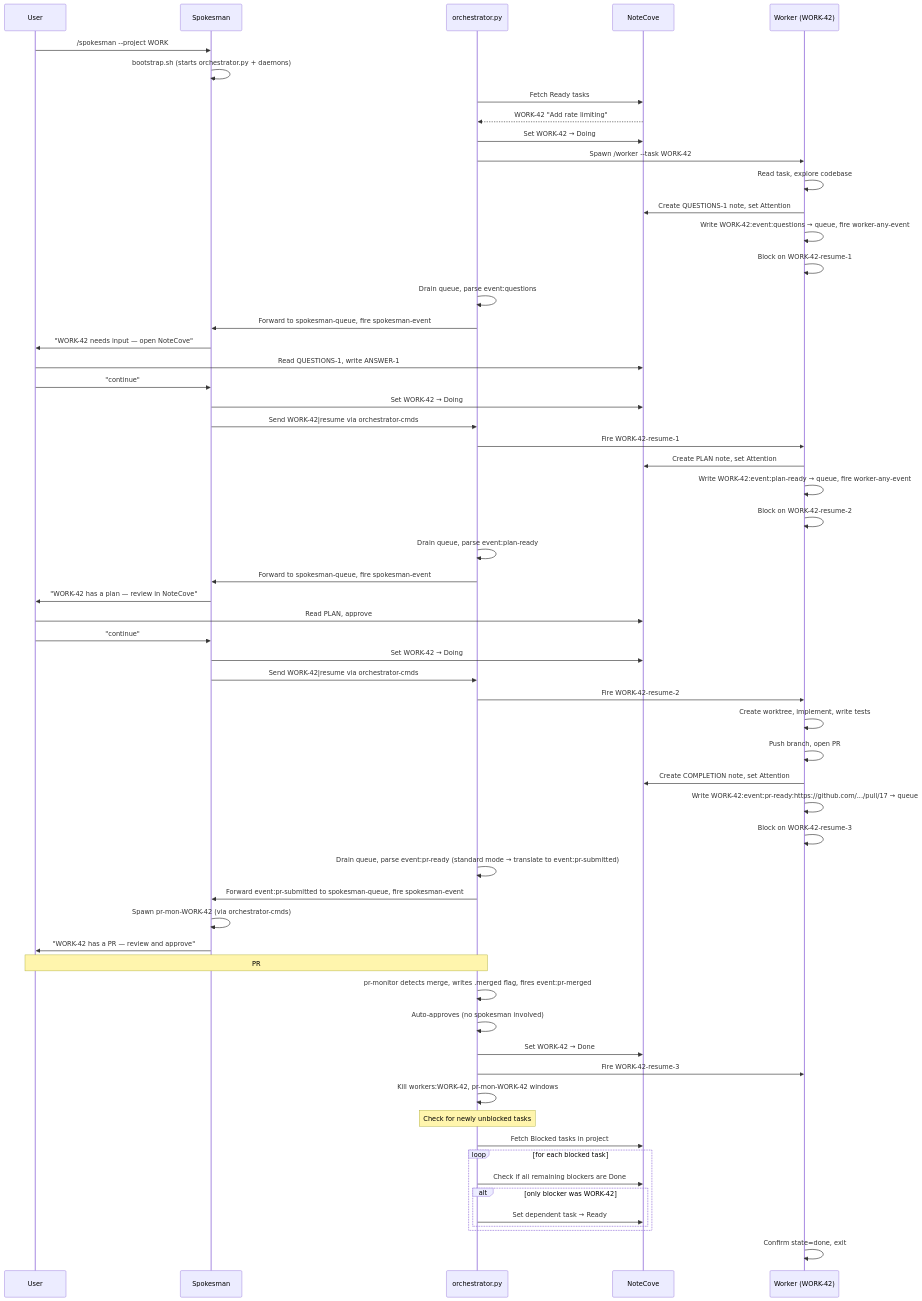
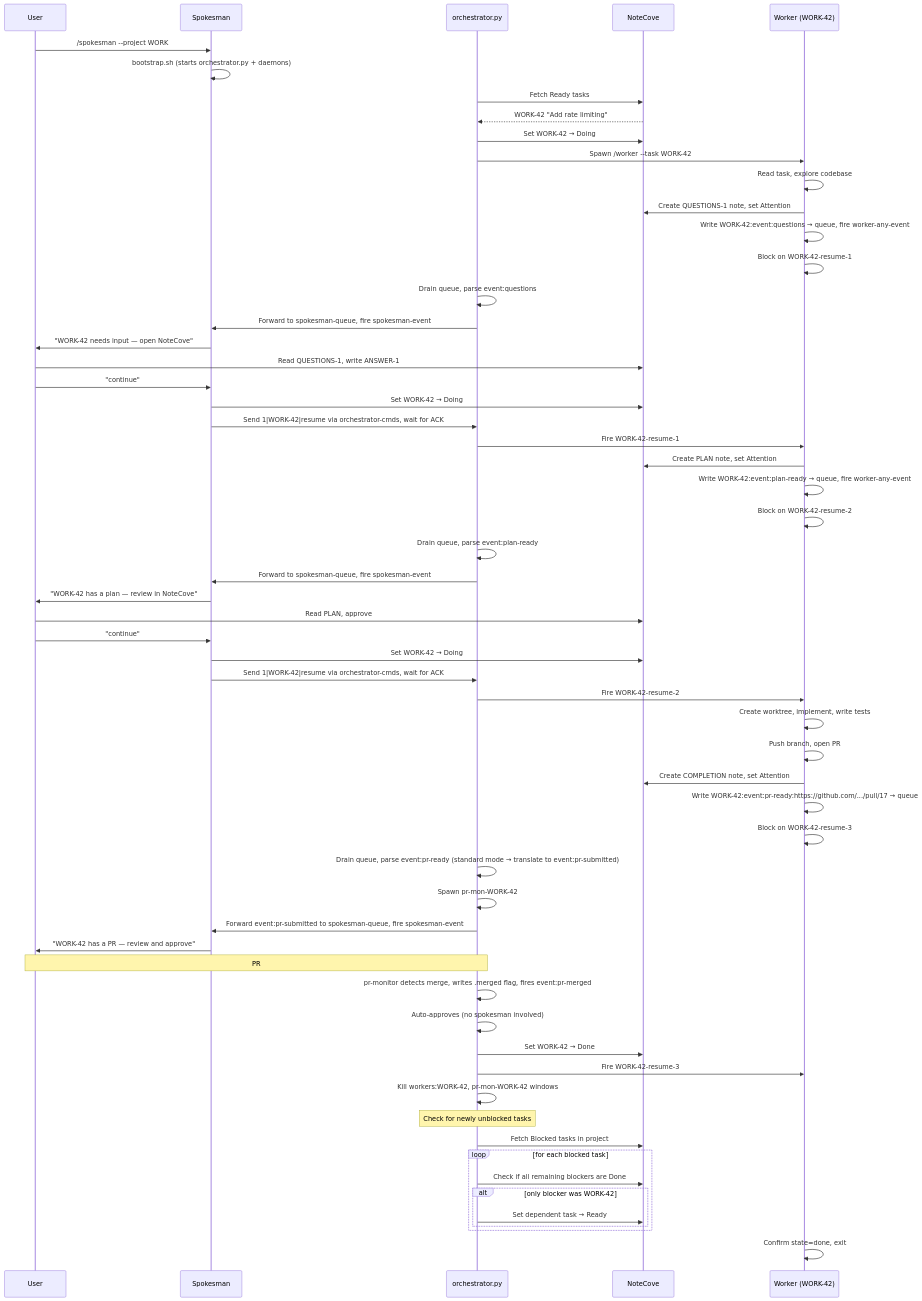
One commit to gara2000/agentmesh changed diagram 11 of 13 in docs/agentic-workflow.md. Above: the diagram before and after it, drawn with Mermaid. The commit also changed other lines of this file and 4 other files, not shown here.

First line of the commit message:
feat(orchestrator): add typed command+ACK protocol [WORK-b9s]

````diff
--- a/docs/agentic-workflow.md
+++ b/docs/agentic-workflow.md
@@ -408,70 +413,70 @@
 ```mermaid
 sequenceDiagram
     participant U as User
     participant SP as Spokesman
     participant OP as orchestrator.py
     participant NC as NoteCove
     participant W as Worker (WORK-42)
 
     U->>SP: /spokesman --project WORK
     SP->>SP: bootstrap.sh (starts orchestrator.py + daemons)
     OP->>NC: Fetch Ready tasks
     NC-->>OP: WORK-42 "Add rate limiting"
     OP->>NC: Set WORK-42 → Doing
     OP->>W: Spawn /worker --task WORK-42
 
     W->>W: Read task, explore codebase
     W->>NC: Create QUESTIONS-1 note, set Attention
     W->>W: Write WORK-42:event:questions → queue, fire worker-any-event
     W->>W: Block on WORK-42-resume-1
 
     OP->>OP: Drain queue, parse event:questions
     OP->>SP: Forward to spokesman-queue, fire spokesman-event
     SP->>U: "WORK-42 needs input — open NoteCove"
     U->>NC: Read QUESTIONS-1, write ANSWER-1
     U->>SP: "continue"
     SP->>NC: Set WORK-42 → Doing
-    SP->>OP: Send WORK-42|resume via orchestrator-cmds
+    SP->>OP: Send 1|WORK-42|resume via orchestrator-cmds, wait for ACK
     OP->>W: Fire WORK-42-resume-1
 
     W->>NC: Create PLAN note, set Attention
     W->>W: Write WORK-42:event:plan-ready → queue, fire worker-any-event
     W->>W: Block on WORK-42-resume-2
 
     OP->>OP: Drain queue, parse event:plan-ready
     OP->>SP: Forward to spokesman-queue, fire spokesman-event
     SP->>U: "WORK-42 has a plan — review in NoteCove"
     U->>NC: Read PLAN, approve
     U->>SP: "continue"
     SP->>NC: Set WORK-42 → Doing
-    SP->>OP: Send WORK-42|resume via orchestrator-cmds
+    SP->>OP: Send 1|WORK-42|resume via orchestrator-cmds, wait for ACK
     OP->>W: Fire WORK-42-resume-2
 
     W->>W: Create worktree, implement, write tests
     W->>W: Push branch, open PR #17
     W->>NC: Create COMPLETION note, set Attention
     W->>W: Write WORK-42:event:pr-ready:https://github.com/.../pull/17 → queue
     W->>W: Block on WORK-42-resume-3
 
     OP->>OP: Drain queue, parse event:pr-ready (standard mode → translate to event:pr-submitted)
+    OP->>OP: Spawn pr-mon-WORK-42
     OP->>SP: Forward event:pr-submitted to spokesman-queue, fire spokesman-event
-    SP->>SP: Spawn pr-mon-WORK-42 (via orchestrator-cmds)
     SP->>U: "WORK-42 has a PR — review and approve"
     Note over OP,U: PR #17 is merged on GitHub
     OP->>OP: pr-monitor detects merge, writes .merged flag, fires event:pr-merged
     OP->>OP: Auto-approves (no spokesman involved)
     OP->>NC: Set WORK-42 → Done
     OP->>W: Fire WORK-42-resume-3
     OP->>OP: Kill workers:WORK-42, pr-mon-WORK-42 windows
 
     Note over OP: Check for newly unblocked tasks
     OP->>NC: Fetch Blocked tasks in project
     loop for each blocked task
         OP->>NC: Check if all remaining blockers are Done
         alt only blocker was WORK-42
             OP->>NC: Set dependent task → Ready
         end
     end
 
     W->>W: Confirm state=done, exit
 ```
````
